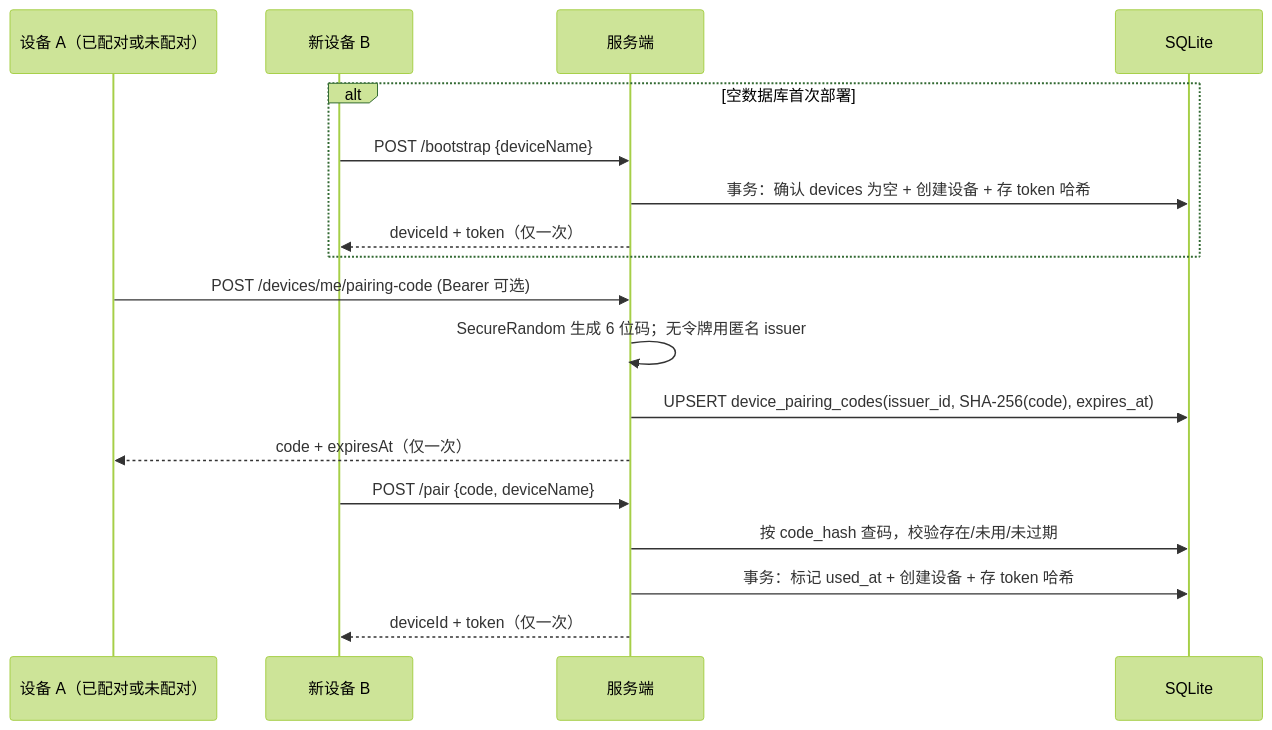
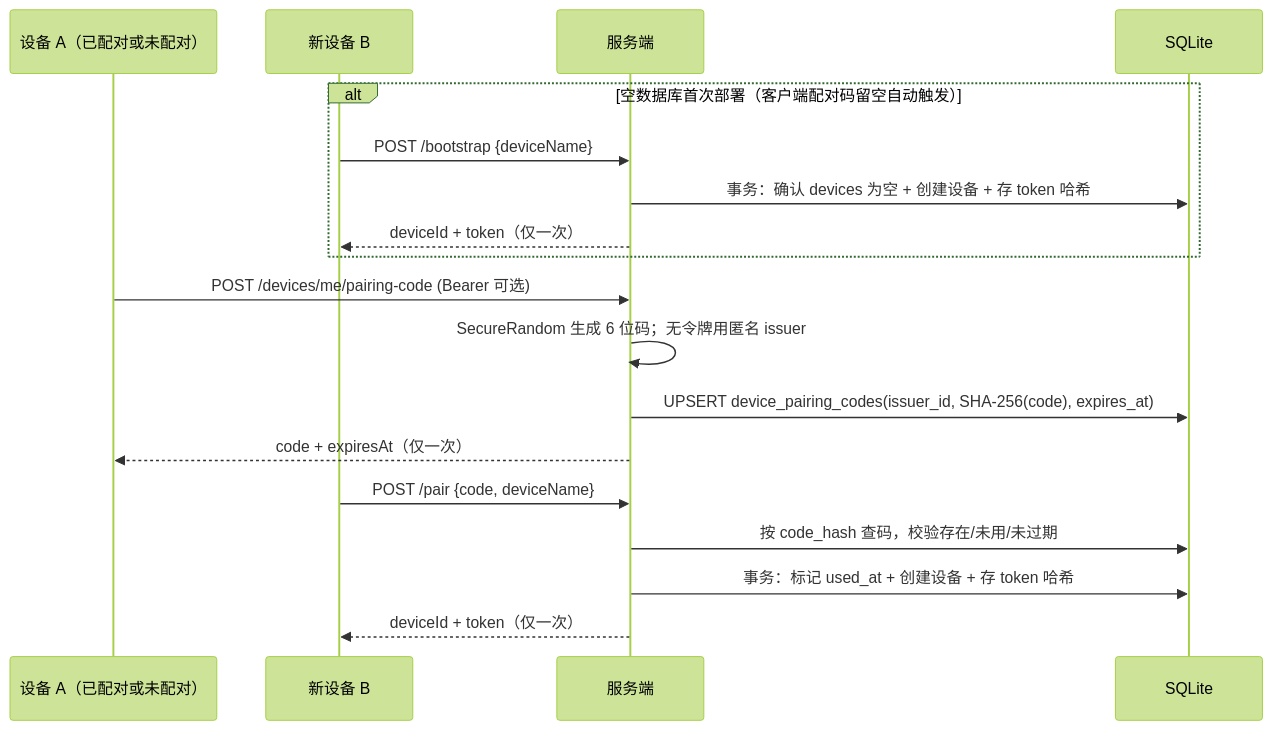
Before and after one commit to xingfengwxx/Clipbox: the third of 8 diagrams in docs/服务端技术架构.md, drawn with Mermaid (forest theme). The commit also changed other lines of this file and 21 other files, not shown here.

````diff
--- a/docs/服务端技术架构.md
+++ b/docs/服务端技术架构.md
@@ -673,21 +673,21 @@
 ```mermaid
 sequenceDiagram
     participant A as 设备 A（已配对或未配对）
     participant C as 新设备 B
     participant S as 服务端
     participant DB as SQLite
 
-    alt 空数据库首次部署
+    alt 空数据库首次部署（客户端配对码留空自动触发）
         C->>S: POST /bootstrap {deviceName}
         S->>DB: 事务：确认 devices 为空 + 创建设备 + 存 token 哈希
         S-->>C: deviceId + token（仅一次）
     end
     A->>S: POST /devices/me/pairing-code (Bearer 可选)
     S->>S: SecureRandom 生成 6 位码；无令牌用匿名 issuer
     S->>DB: UPSERT device_pairing_codes(issuer_id, SHA-256(code), expires_at)
     S-->>A: code + expiresAt（仅一次）
     C->>S: POST /pair {code, deviceName}
     S->>DB: 按 code_hash 查码，校验存在/未用/未过期
     S->>DB: 事务：标记 used_at + 创建设备 + 存 token 哈希
     S-->>C: deviceId + token（仅一次）
 ```
````
